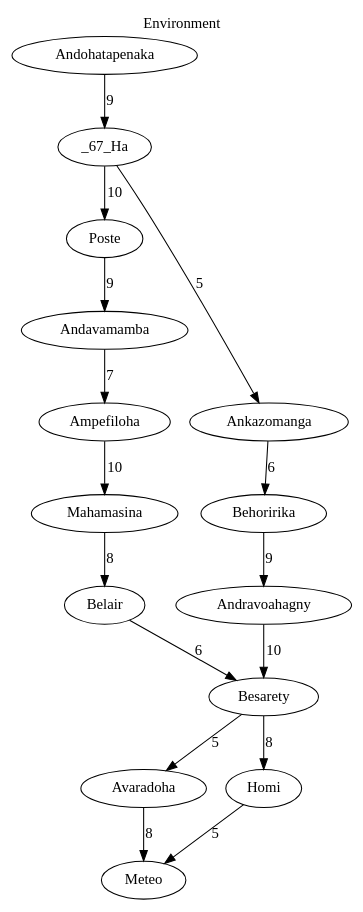
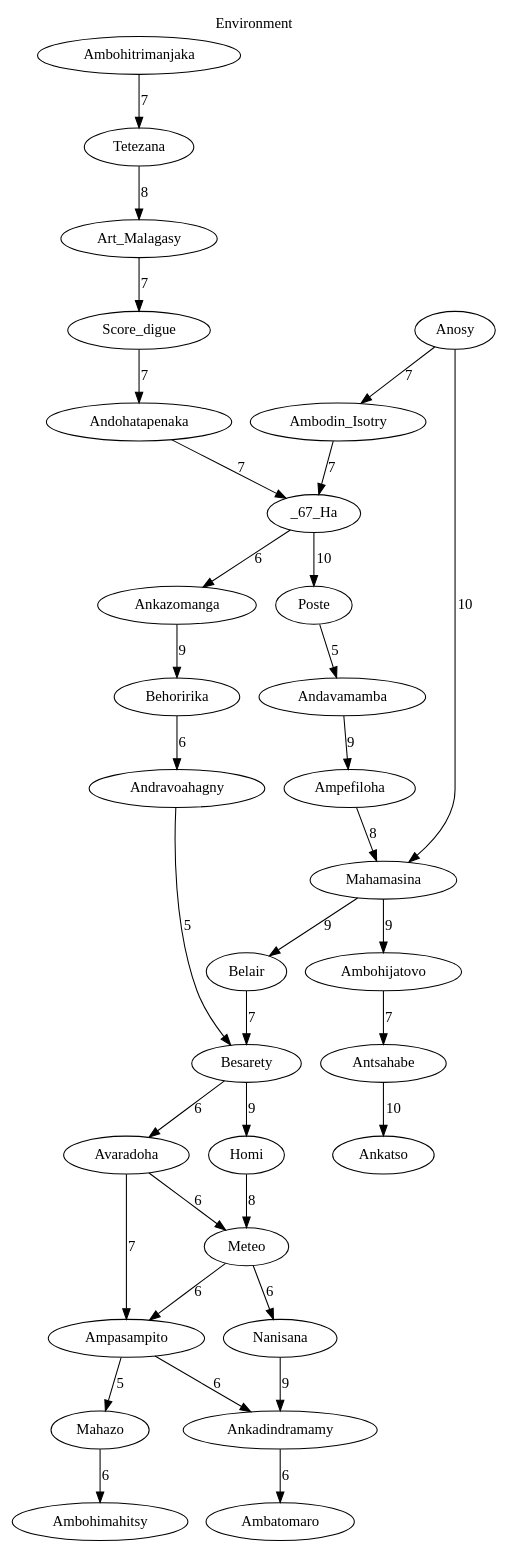
Before and after one commit to Online13/bus-path-finding: the diagram in out/graph.gv, drawn with Graphviz. The commit also changed 38 other files, not shown here.

```diff
--- a/out/graph.gv
+++ b/out/graph.gv
@@ -1,17 +1,75 @@
 digraph G {
-	labelloc="t"	label="Environment"	Andavamamba -> Ampefiloha [weight=7, label="7"];
-	Ampefiloha -> Mahamasina [weight=10, label="10"];
+	labelloc="t"	label="Environment"	Ambodin_Isotry -> _67_Ha [weight=7, label="7"];
+	Art_Malagasy -> Score_digue [weight=7, label="7"];
+	Antsahabe -> Ankatso [weight=10, label="10"];
+	Andavamamba -> Ampefiloha [weight=9, label="9"];
+	Ampefiloha -> Mahamasina [weight=8, label="8"];
 	_67_Ha -> Poste [weight=10, label="10"];
-	Andohatapenaka -> _67_Ha [weight=9, label="9"];
-	Mahamasina -> Belair [weight=8, label="8"];
-	Ankazomanga -> Behoririka [weight=6, label="6"];
-	Andravoahagny -> Besarety [weight=10, label="10"];
-	Besarety -> Avaradoha [weight=5, label="5"];
-	Homi -> Meteo [weight=5, label="5"];
-	Besarety -> Homi [weight=8, label="8"];
-	Poste -> Andavamamba [weight=9, label="9"];
-	_67_Ha -> Ankazomanga [weight=5, label="5"];
-	Behoririka -> Andravoahagny [weight=9, label="9"];
-	Belair -> Besarety [weight=6, label="6"];
-	Avaradoha -> Meteo [weight=8, label="8"];
+	Meteo -> Ampasampito [weight=6, label="6"];
+	Andohatapenaka -> _67_Ha [weight=7, label="7"];
+	Meteo -> Nanisana [weight=6, label="6"];
+	Mahamasina -> Belair [weight=9, label="9"];
+	Ankazomanga -> Behoririka [weight=9, label="9"];
+	Andravoahagny -> Besarety [weight=5, label="5"];
+	Besarety -> Avaradoha [weight=6, label="6"];
+	Ambohitrimanjaka -> Tetezana [weight=7, label="7"];
+	Homi -> Meteo [weight=8, label="8"];
+	Ampasampito -> Mahazo [weight=5, label="5"];
+	Besarety -> Homi [weight=9, label="9"];
+	Tetezana -> Art_Malagasy [weight=8, label="8"];
+	Ampasampito -> Ankadindramamy [weight=6, label="6"];
+	Poste -> Andavamamba [weight=5, label="5"];
+	_67_Ha -> Ankazomanga [weight=6, label="6"];
+	Behoririka -> Andravoahagny [weight=6, label="6"];
+	Score_digue -> Andohatapenaka [weight=7, label="7"];
+	Mahamasina -> Ambohijatovo [weight=9, label="9"];
+	Anosy -> Mahamasina [weight=10, label="10"];
+	Ankadindramamy -> Ambatomaro [weight=6, label="6"];
+	Mahazo -> Ambohimahitsy [weight=6, label="6"];
+	Anosy -> Ambodin_Isotry [weight=7, label="7"];
+	Belair -> Besarety [weight=7, label="7"];
+	Avaradoha -> Meteo [weight=6, label="6"];
+	Ambohijatovo -> Antsahabe [weight=7, label="7"];
+	Avaradoha -> Ampasampito [weight=7, label="7"];
+	Nanisana -> Ankadindramamy [weight=9, label="9"];
+	Art_Malagasy;
+	Andohatapenaka;
+	Tetezana;
+	_67_Ha;
+	Ambohitrimanjaka;
+	Score_digue;
+	Poste;
+	Andavamamba;
+	Mahamasina;
+	Ambohijatovo;
+	_67_Ha;
+	Ankatso;
+	Ampefiloha;
+	Antsahabe;
+	Mahamasina;
+	Anosy;
+	Besarety;
+	Meteo;
+	Nanisana;
+	Avaradoha;
+	Belair;
+	Ankadindramamy;
+	Ambatomaro;
+	Ampasampito;
+	Anosy;
+	Behoririka;
+	Besarety;
+	Meteo;
+	Ambodin_Isotry;
+	_67_Ha;
+	Ankazomanga;
+	Homi;
+	Andravoahagny;
+	Ankadindramamy;
+	Ambatomaro;
+	Ampasampito;
+	Besarety;
+	Ambohimahitsy;
+	Avaradoha;
+	Mahazo;
 }
```
